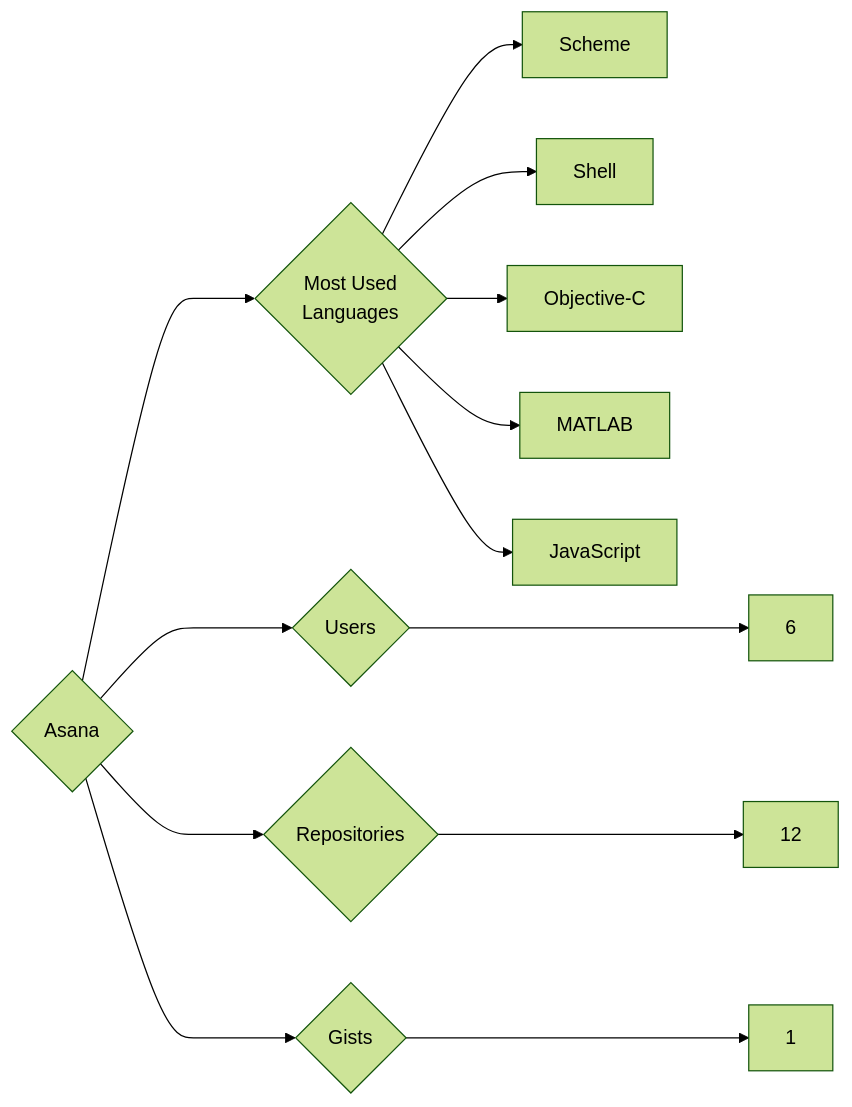
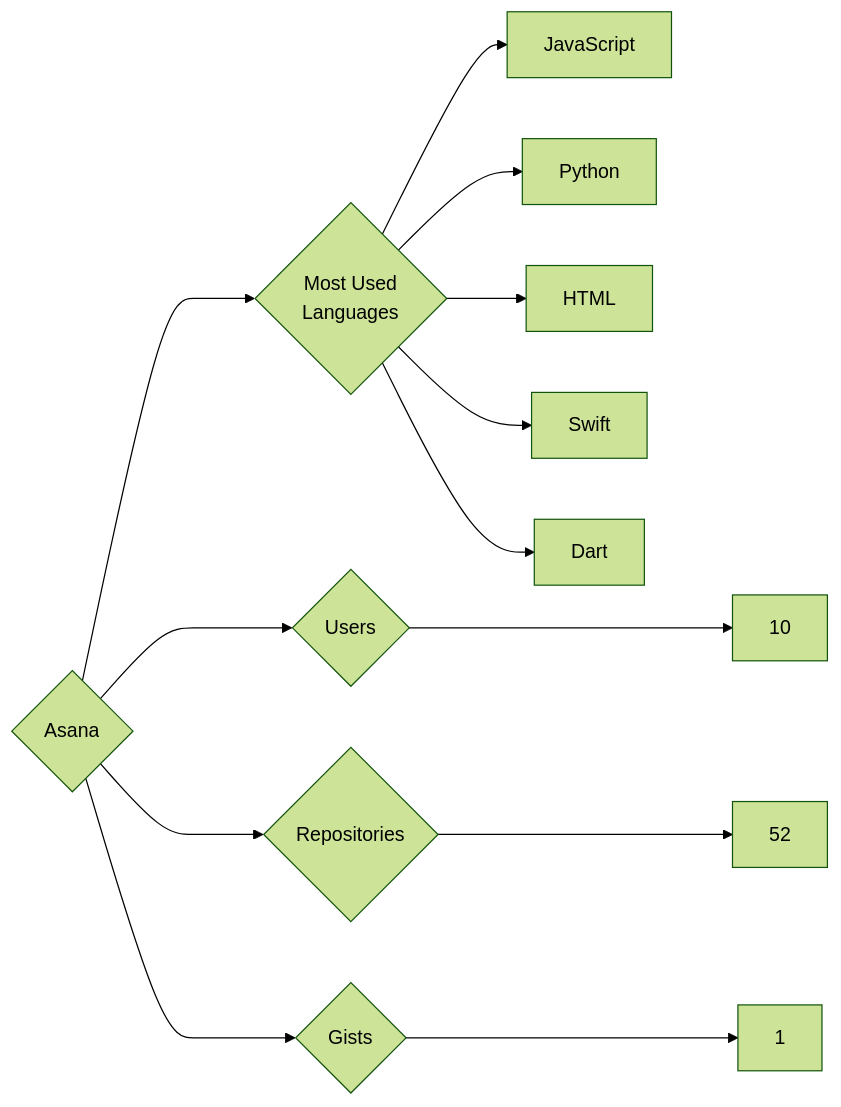
Before and after one commit to trickest/insiders: the diagram in targets/Asana/README.md, drawn with Mermaid (forest theme). The commit also changed 1123 other files, not shown here.

````diff
--- a/targets/Asana/README.md
+++ b/targets/Asana/README.md
@@ -3,13 +3,13 @@
 ```mermaid
 graph LR
 COMPANY_NAME{Asana}
-COMPANY_NAME ---> U{Users} ---> UN[6]
-COMPANY_NAME ---> R{Repositories} ---> RN[12]
+COMPANY_NAME ---> U{Users} ---> UN[10]
+COMPANY_NAME ---> R{Repositories} ---> RN[52]
 COMPANY_NAME ---> G{Gists} ---> GN[1]
 COMPANY_NAME ---> ML{Most Used<br>Languages}
-ML --> Scheme[Scheme]
-ML --> Shell[Shell]
-ML --> Objective-C[Objective-C]
-ML --> MATLAB[MATLAB]
 ML --> JavaScript[JavaScript]
+ML --> Python[Python]
+ML --> HTML[HTML]
+ML --> Swift[Swift]
+ML --> Dart[Dart]
 ```
````
